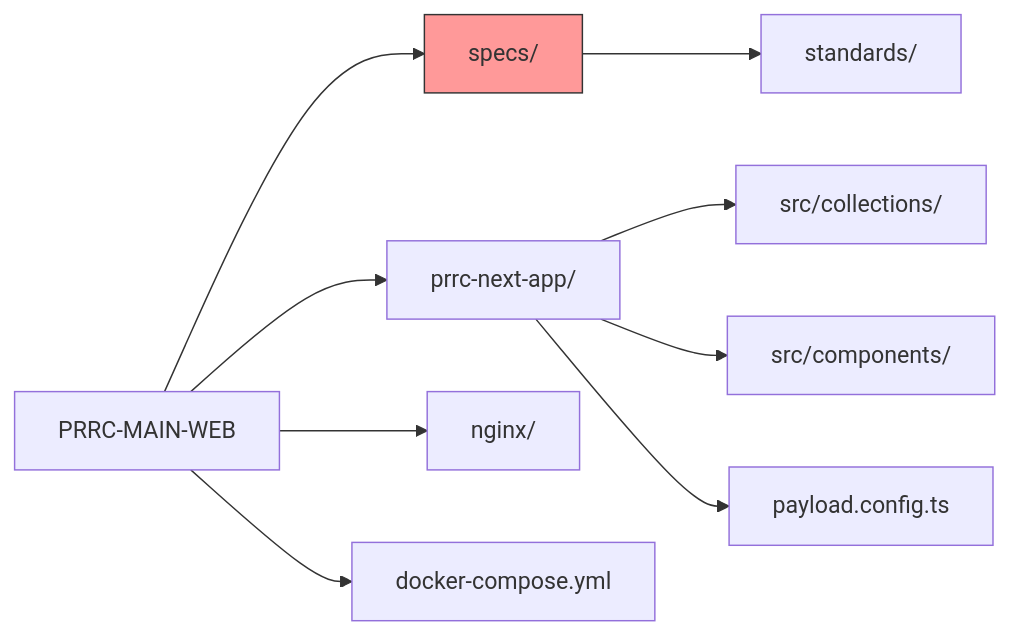
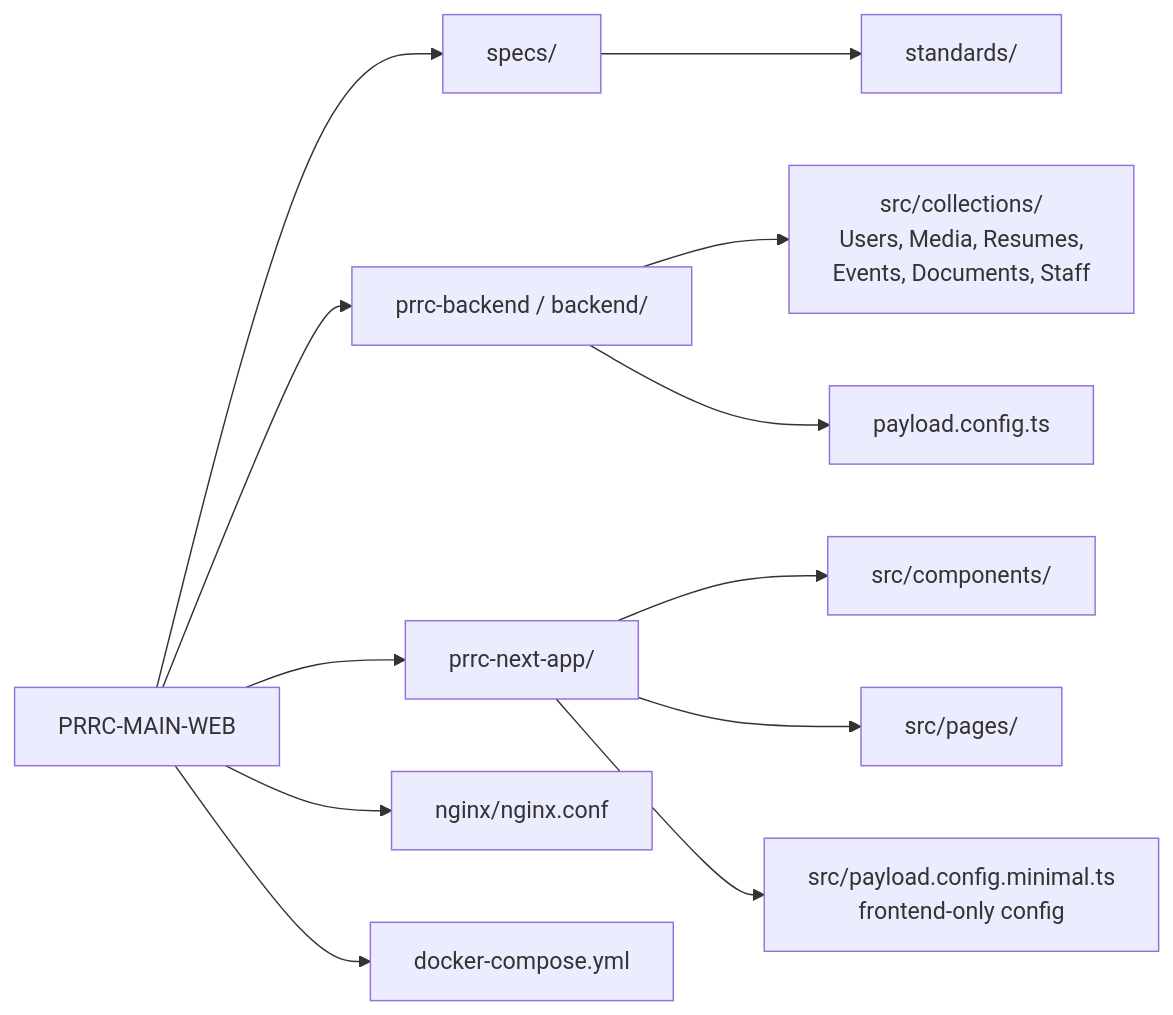
Before and after one commit to prrc-web/PRRC-MAIN-WEB: the second of 2 diagrams in specs/spec.md, drawn with Mermaid. The commit also changed other lines of this file and 2 other files, not shown here.

First line of the commit message:
docs(specs): sync architecture docs to split backend/frontend

````diff
--- a/specs/spec.md
+++ b/specs/spec.md
@@ -53,17 +44,18 @@
 ```mermaid
 graph LR
     Root[PRRC-MAIN-WEB]
-    
     Root --> Specs[specs/]
     Specs --> Standards[standards/]
-    
+
+    Root --> Backend[prrc-backend / backend/]
+    Backend --> BColl[src/collections/<br/>Users, Media, Resumes,<br/>Events, Documents, Staff]
+    Backend --> BConfig[payload.config.ts]
+
     Root --> App[prrc-next-app/]
-    App --> Collections[src/collections/]
-    App --> Components[src/components/]
-    App --> PayloadConfig[payload.config.ts]
-    
-    Root --> Nginx[nginx/]
+    App --> FComp[src/components/]
+    App --> FPages[src/pages/]
+    App --> FMin[src/payload.config.minimal.ts<br/>frontend-only config]
+
+    Root --> Nginx[nginx/nginx.conf]
     Root --> Compose[docker-compose.yml]
-    
-    style Specs fill:#ff9999,stroke:#333
 ```
````
